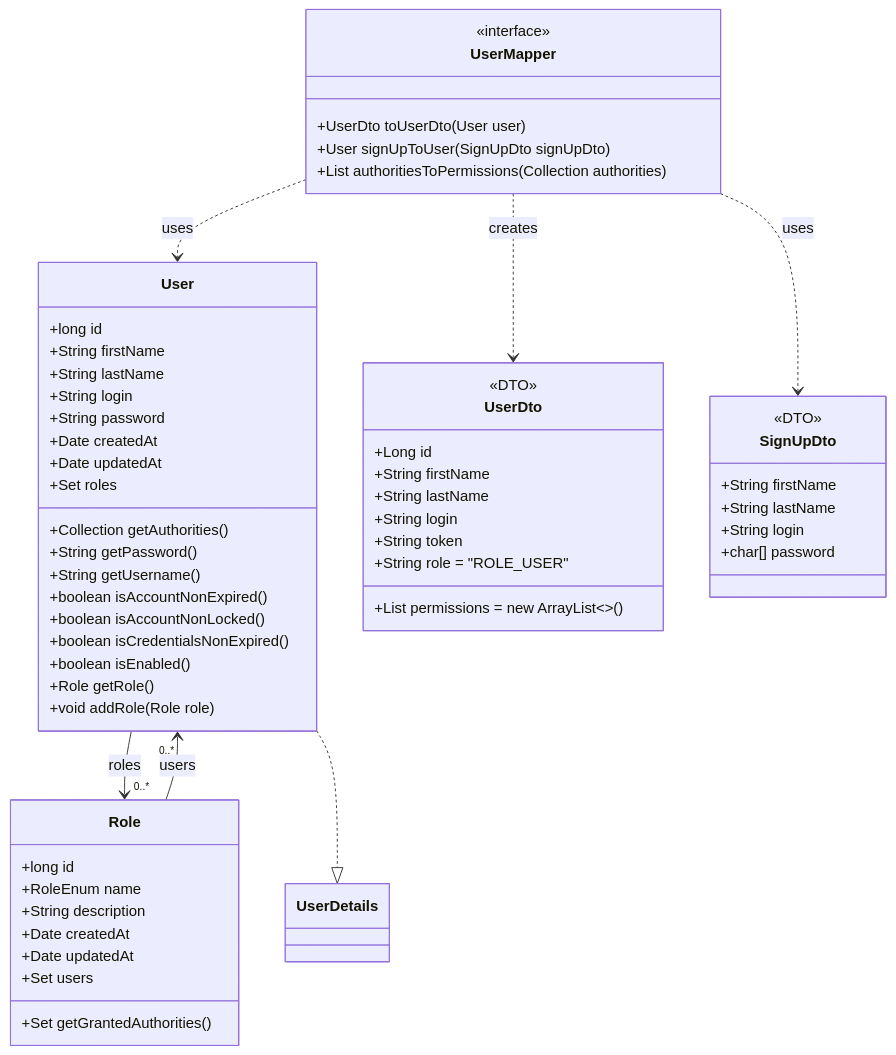
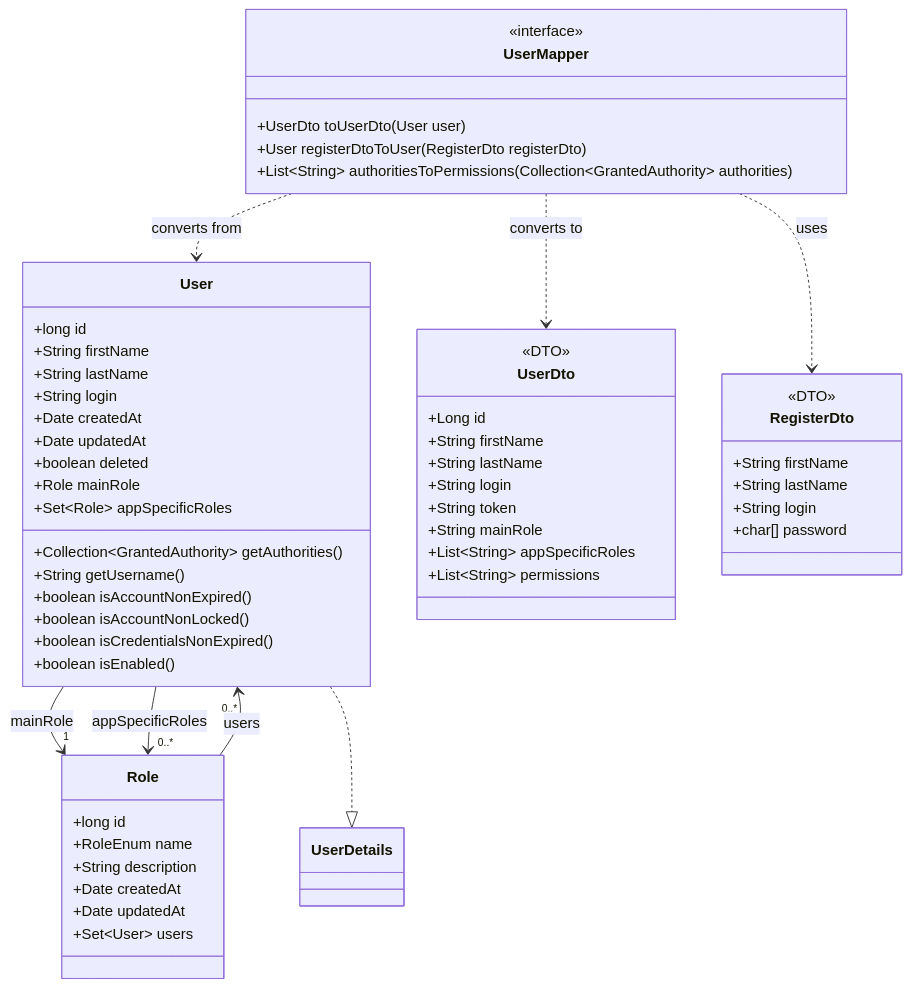
One commit to OrifInformatique/template_frontback changed the third of 5 diagrams in doc/process-documentation.md. Above: the diagram before and after it, drawn with Mermaid. The commit also changed other lines of this file, not shown here.

````diff
--- a/doc/process-documentation.md
+++ b/doc/process-documentation.md
@@ -170,66 +175,65 @@
 ```mermaid
 classDiagram
     class User {
         +long id
         +String firstName
         +String lastName
         +String login
-        +String password
         +Date createdAt
         +Date updatedAt
-        +Set<Role> roles
-        +Collection<GrantedAuthority> getAuthorities()
-        +String getPassword()
+        +boolean deleted
+        +Role mainRole
+        +Set~Role~ appSpecificRoles
+        +Collection~GrantedAuthority~ getAuthorities()
         +String getUsername()
         +boolean isAccountNonExpired()
         +boolean isAccountNonLocked()
         +boolean isCredentialsNonExpired()
         +boolean isEnabled()
-        +Role getRole()
-        +void addRole(Role role)
     }
 
     class Role {
         +long id
         +RoleEnum name
         +String description
         +Date createdAt
         +Date updatedAt
-        +Set<User> users
-        +Set<SimpleGrantedAuthority> getGrantedAuthorities()
+        +Set~User~ users
     }
 
     class UserDto {
         <<DTO>>
         +Long id
         +String firstName
         +String lastName
         +String login
         +String token
-        +String role = "ROLE_USER"
-        +List<String> permissions = new ArrayList<>()
+        +String mainRole
+        +List~String~ appSpecificRoles
+        +List~String~ permissions
     }
 
-    class SignUpDto {
+    class RegisterDto {
         <<DTO>>
         +String firstName
         +String lastName
         +String login
         +char[] password
     }
 
     class UserMapper {
         <<interface>>
         +UserDto toUserDto(User user)
-        +User signUpToUser(SignUpDto signUpDto)
-        +List<String> authoritiesToPermissions(Collection<GrantedAuthority> authorities)
+        +User registerDtoToUser(RegisterDto registerDto)
+        +List~String~ authoritiesToPermissions(Collection~GrantedAuthority~ authorities)
     }
 
     %% Relationships
-    User --> "0..*" Role : roles
+    User --> "1" Role : mainRole
+    User --> "0..*" Role : appSpecificRoles
     Role --> "0..*" User : users
-    UserMapper ..> User : uses
-    UserMapper ..> UserDto : creates
-    UserMapper ..> SignUpDto : uses
+    UserMapper ..> User : converts from
+    UserMapper ..> UserDto : converts to
+    UserMapper ..> RegisterDto : uses
     User ..|> UserDetails
 ```
````
